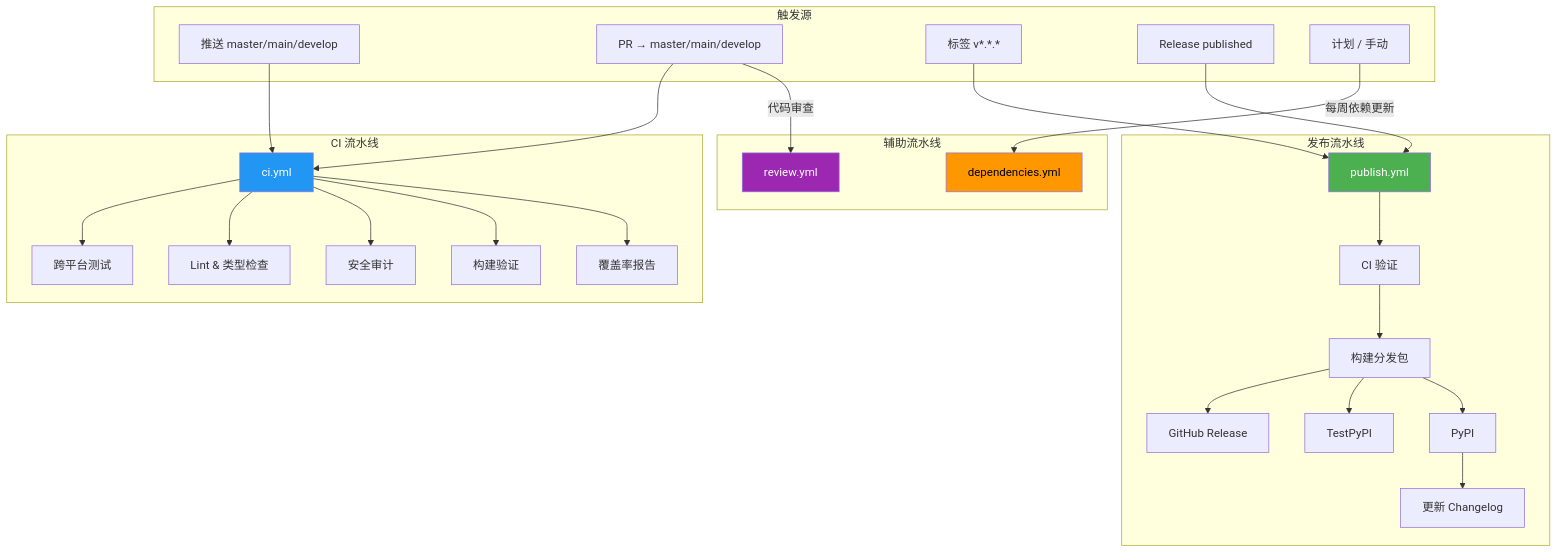
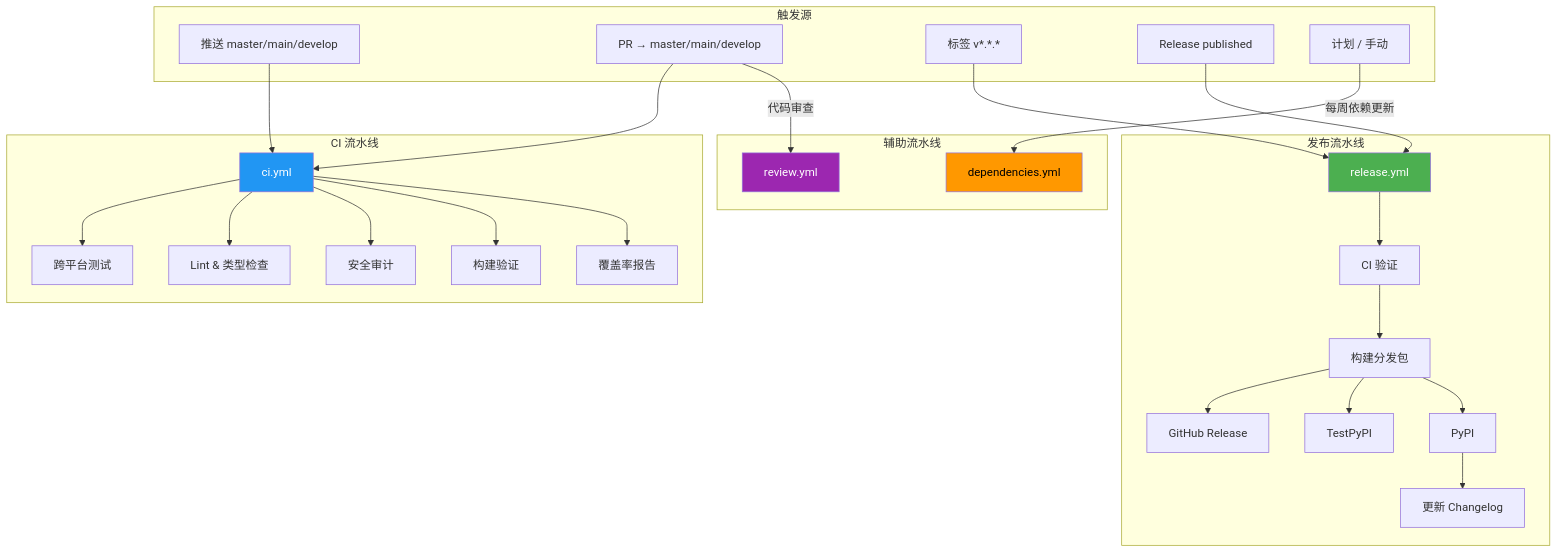
The diagram in docs/2-Development.md (ThreeFish-AI/data-extractor), drawn with Mermaid before and after one commit. The commit also changed other lines of this file and 1 other file, not shown here.

First line of the commit message:
ci(release): 重命名 publish.yml 为 release.yml 并同步全部文档引用;

````diff
--- a/docs/2-Development.md
+++ b/docs/2-Development.md
@@ -302,51 +302,51 @@
 ```mermaid
 graph TD
     subgraph "触发源"
         A["推送 master/main/develop"]
         B0["PR → master/main/develop"]
         C["标签 v*.*.*"]
         C2["Release published"]
         G["计划 / 手动"]
     end
 
     subgraph "CI 流水线"
         B[ci.yml]
         B1[跨平台测试]
         B2[Lint & 类型检查]
         B3[安全审计]
         B4[构建验证]
         B5[覆盖率报告]
         B --> B1 & B2 & B3 & B4 & B5
     end
 
     subgraph "发布流水线"
-        D[publish.yml]
+        D[release.yml]
         D0[CI 验证]
         D1[构建分发包]
         D2[GitHub Release]
         D3[TestPyPI]
         D4[PyPI]
         D5[更新 Changelog]
         D --> D0 --> D1
         D1 --> D2
         D1 --> D3
         D1 --> D4 --> D5
     end
 
     subgraph "辅助流水线"
         H[dependencies.yml]
         K[review.yml]
     end
 
     A --> B
     B0 --> B
     C --> D
     C2 --> D
     G -->|"每周依赖更新"| H
     B0 -->|"代码审查"| K
 
     style B fill:#2196F3,color:#fff
     style D fill:#4CAF50,color:#fff
     style H fill:#FF9800,color:#000
     style K fill:#9C27B0,color:#fff
 ```
````
